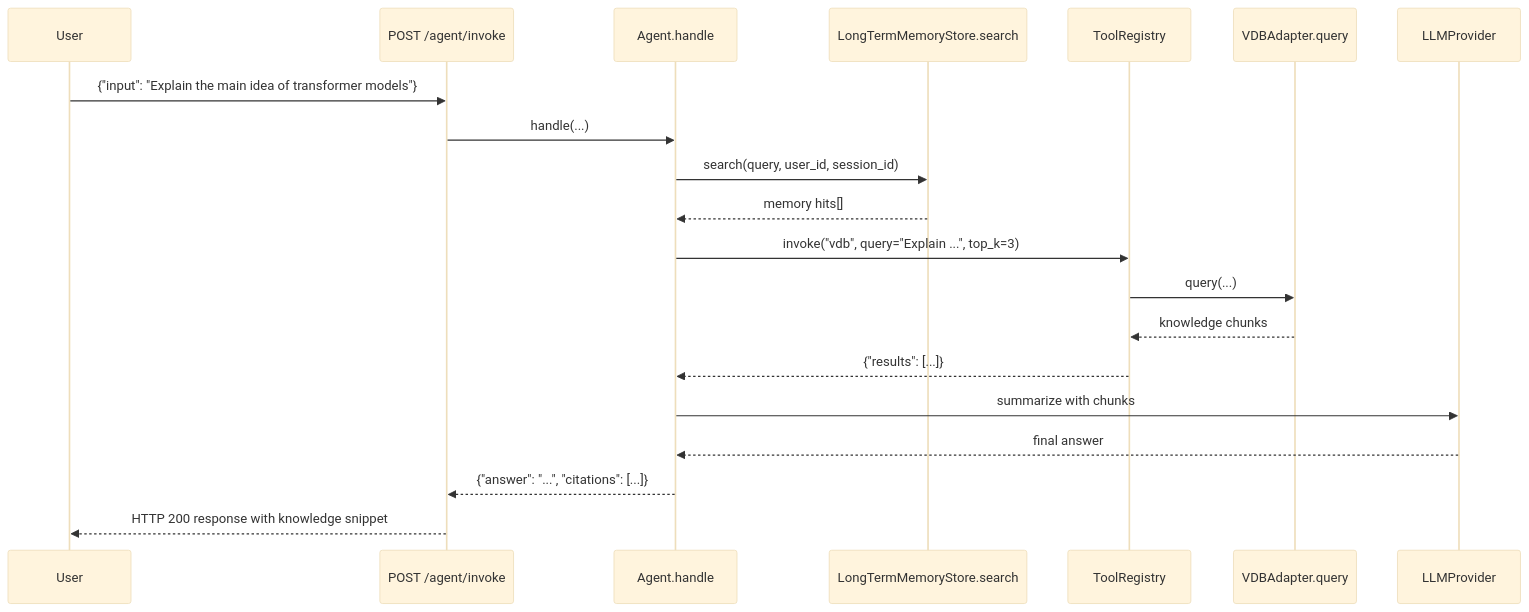
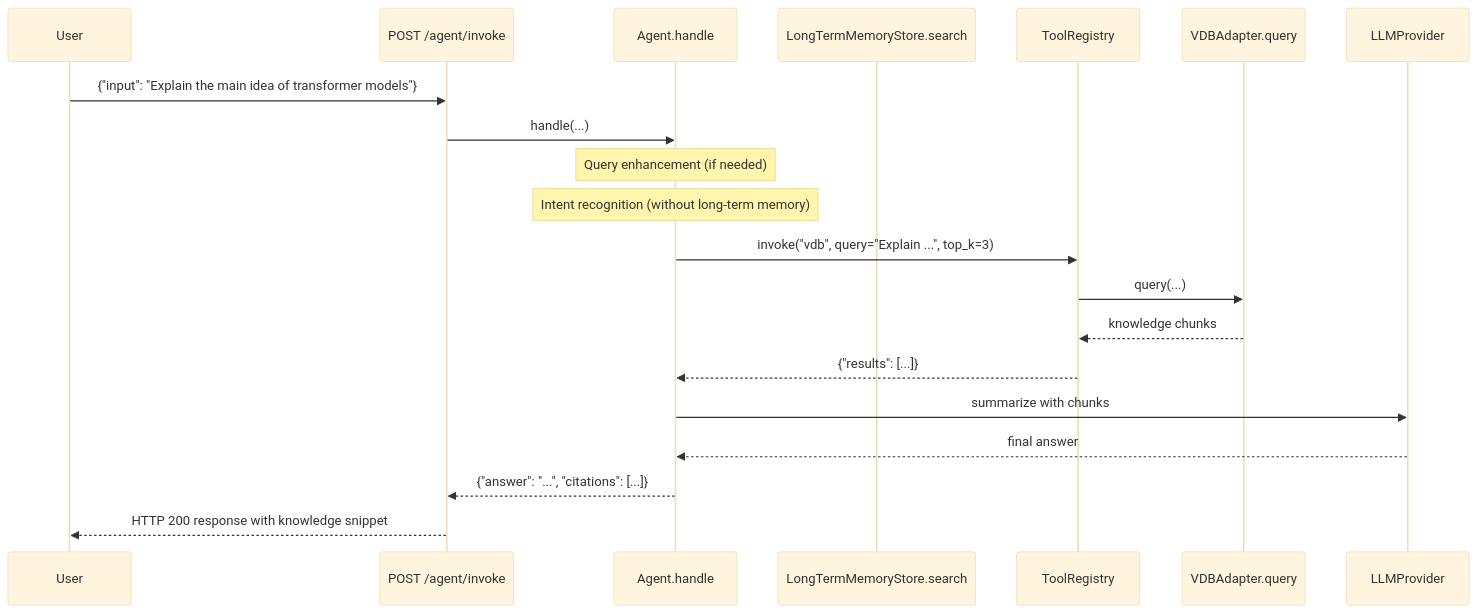
Before and after one commit to JiangXue0820/agentic_ai_chatbot: the fifth of 6 diagrams in design_report.md, drawn with Mermaid (base theme). The commit also changed other lines of this file and 11 other files, not shown here.

Commit message:
update agent core memory usage

````diff
--- a/design_report.md
+++ b/design_report.md
@@ -646,23 +660,23 @@
 ```mermaid
 sequenceDiagram
     participant User
     participant API as POST /agent/invoke
     participant Agent as Agent.handle
     participant LongMem as LongTermMemoryStore.search
     participant Tools as ToolRegistry
     participant VDB as VDBAdapter.query
     participant LLM as LLMProvider
 
     User->>API: {"input": "Explain the main idea of transformer models"}
     API->>Agent: handle(...)
-    Agent->>LongMem: search(query, user_id, session_id)
-    LongMem-->>Agent: memory hits[]
+    Note over Agent: Query enhancement (if needed)
+    Note over Agent: Intent recognition (without long-term memory)
     Agent->>Tools: invoke("vdb", query="Explain ...", top_k=3)
     Tools->>VDB: query(...)
     VDB-->>Tools: knowledge chunks
     Tools-->>Agent: {"results": [...]}
     Agent->>LLM: summarize with chunks
     LLM-->>Agent: final answer
     Agent-->>API: {"answer": "...", "citations": [...]}
     API-->>User: HTTP 200 response with knowledge snippet
 ```
````
